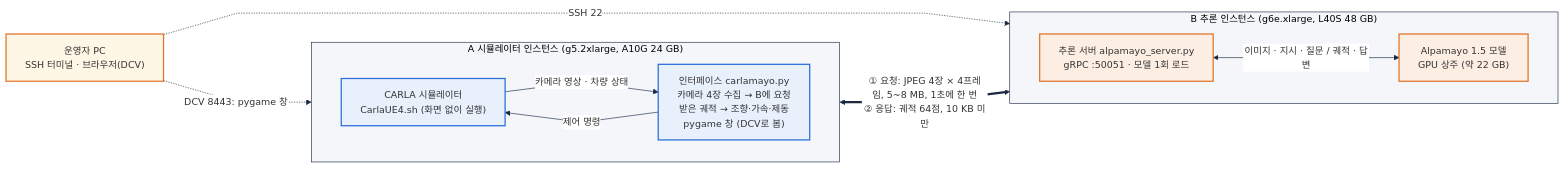
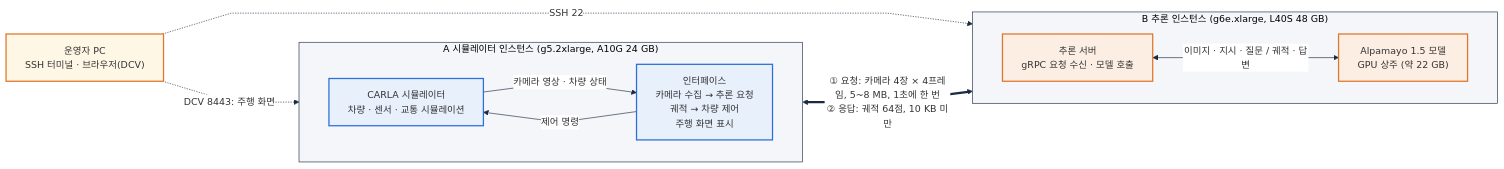
One commit to JwonMoon/carlamayo-distributed changed the diagram in docs/distributed/diagrams/handover-overview.mmd. Above: the diagram before and after it, drawn with Mermaid. The commit also changed 4 other files, not shown here.

```diff
--- a/docs/distributed/diagrams/handover-overview.mmd
+++ b/docs/distributed/diagrams/handover-overview.mmd
@@ -1,24 +1,24 @@
 %%{init: {"theme": "base", "themeVariables": {"fontFamily": "Noto Sans CJK KR, sans-serif", "fontSize": "15px", "primaryColor": "#ffffff", "primaryBorderColor": "#1B2A41", "lineColor": "#1B2A41", "clusterBkg": "#f4f6fa", "clusterBorder": "#1B2A41"}, "flowchart": {"nodeSpacing": 50, "rankSpacing": 70, "wrappingWidth": 320, "curve": "linear"}}}%%
 flowchart LR
   OP["운영자 PC<br/>SSH 터미널 · 브라우저(DCV)"]
   subgraph A["A 시뮬레이터 인스턴스 (g5.2xlarge, A10G 24 GB)"]
     direction LR
-    CARLA["CARLA 시뮬레이터<br/>CarlaUE4.sh (화면 없이 실행)"]
-    CLI["인터페이스 carlamayo.py<br/>카메라 4장 수집 → B에 요청<br/>받은 궤적 → 조향·가속·제동<br/>pygame 창 (DCV로 봄)"]
+    CARLA["CARLA 시뮬레이터<br/>차량 · 센서 · 교통 시뮬레이션"]
+    CLI["인터페이스<br/>카메라 수집 → 추론 요청<br/>궤적 → 차량 제어<br/>주행 화면 표시"]
     CARLA -- "카메라 영상 · 차량 상태" --> CLI
     CLI -- "제어 명령" --> CARLA
   end
   subgraph B["B 추론 인스턴스 (g6e.xlarge, L40S 48 GB)"]
     direction LR
-    SRV["추론 서버 alpamayo_server.py<br/>gRPC :50051 · 모델 1회 로드"]
+    SRV["추론 서버<br/>gRPC 요청 수신 · 모델 호출"]
     MODEL["Alpamayo 1.5 모델<br/>GPU 상주 (약 22 GB)"]
     SRV <-- "이미지 · 지시 · 질문 / 궤적 · 답변" --> MODEL
   end
-  CLI <== "① 요청: JPEG 4장 × 4프레임, 5~8 MB, 1초에 한 번<br/>② 응답: 궤적 64점, 10 KB 미만" ==> SRV
-  OP -. "DCV 8443: pygame 창" .-> A
+  CLI <== "① 요청: 카메라 4장 × 4프레임, 5~8 MB, 1초에 한 번<br/>② 응답: 궤적 64점, 10 KB 미만" ==> SRV
+  OP -. "DCV 8443: 주행 화면" .-> A
   OP -. "SSH 22" .-> B
   style OP fill:#fff7e6,stroke:#E0762B,stroke-width:2px
   style CARLA fill:#e8f0fc,stroke:#2A6FDB,stroke-width:2px
   style CLI fill:#e8f0fc,stroke:#2A6FDB,stroke-width:2px
   style SRV fill:#fdeee3,stroke:#E0762B,stroke-width:2px
   style MODEL fill:#fdeee3,stroke:#E0762B,stroke-width:2px
```
